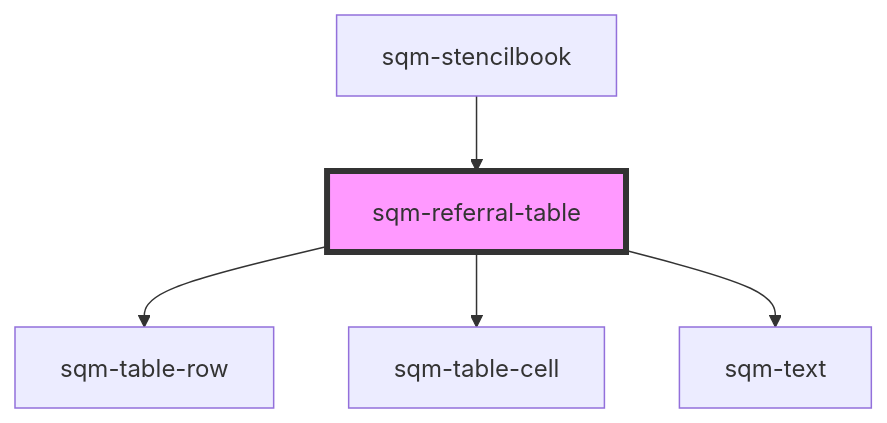
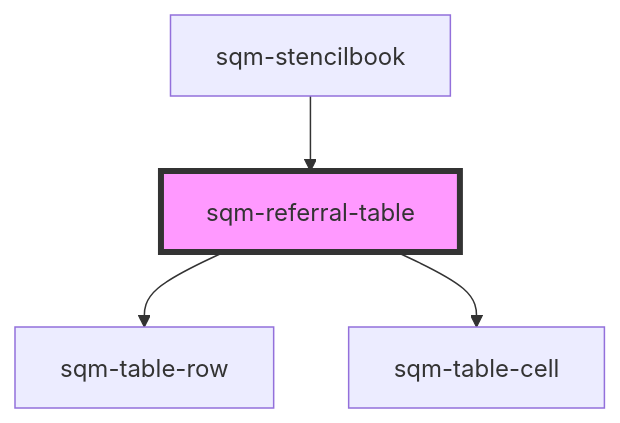
The diagram in packages/mint-components/src/components/sqm-referral-table/readme.md (saasquatch/program-tools), drawn with Mermaid before and after one commit. The commit also changed other lines of this file and 10 other files, not shown here.

````diff
--- a/packages/mint-components/src/components/sqm-referral-table/readme.md
+++ b/packages/mint-components/src/components/sqm-referral-table/readme.md
@@ -38,8 +39,7 @@
 ```mermaid
 graph TD;
   sqm-referral-table --> sqm-table-row
   sqm-referral-table --> sqm-table-cell
-  sqm-referral-table --> sqm-text
   sqm-stencilbook --> sqm-referral-table
   style sqm-referral-table fill:#f9f,stroke:#333,stroke-width:4px
 ```
````
